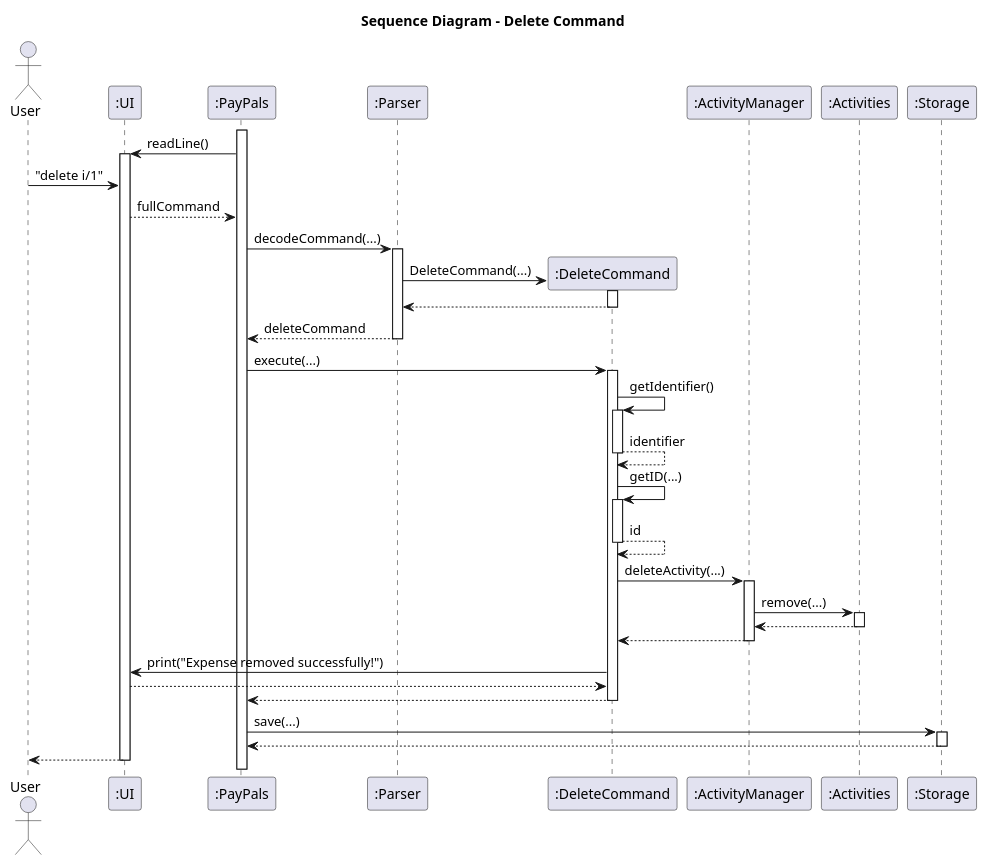
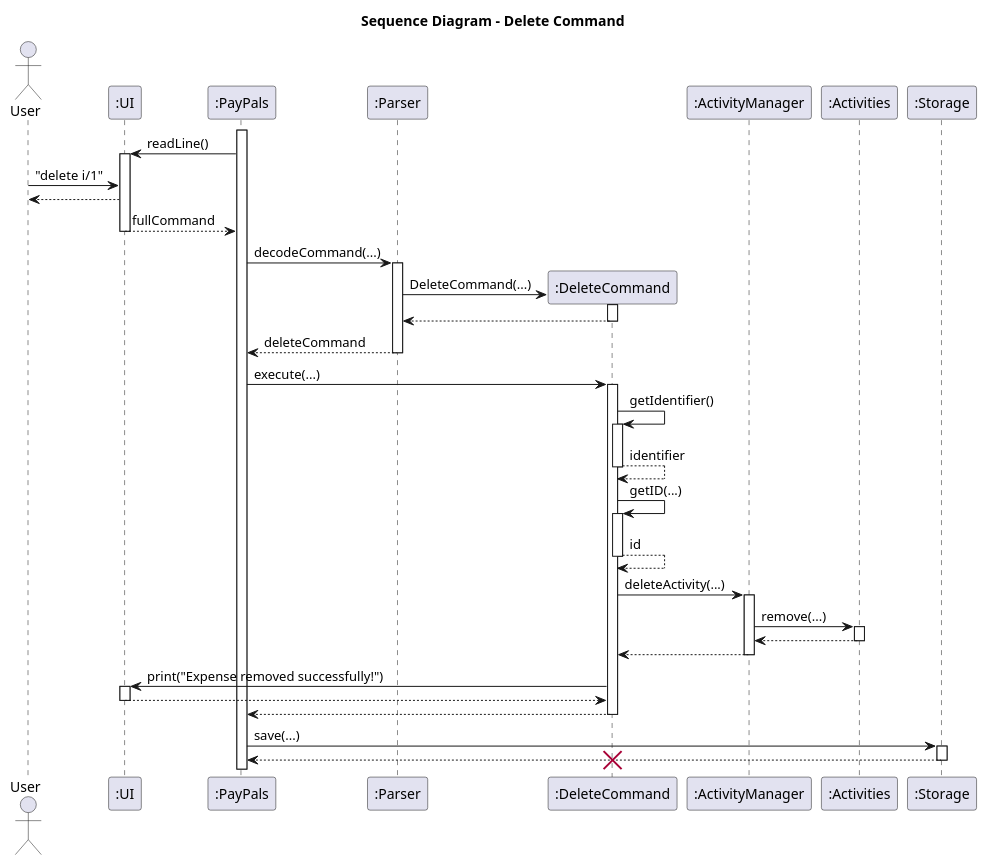
The diagram in docs/diagrams/DeleteCommand.puml (jing-yen/tp), drawn with PlantUML before and after one commit. The commit also changed 6 other files, not shown here.

```diff
--- a/docs/diagrams/DeleteCommand.puml
+++ b/docs/diagrams/DeleteCommand.puml
@@ -1,61 +1,66 @@
 @startuml
 'https://plantuml.com/sequence-diagram
 title Sequence Diagram - Delete Command
 
 actor User
 participant ":UI" as UI
 participant ":PayPals" as PP
 participant ":Parser" as PA
 participant ":DeleteCommand" as DC
 participant ":ActivityManager" as AM
 participant ":Activities" as AC
 participant ":Storage" as SR
 
 
 
 activate PP
 PP -> UI : readLine()
 activate UI
 User -> UI : "delete i/1"
+UI --> User
 UI --> PP : fullCommand
+deactivate UI
 
 PP -> PA : decodeCommand(...)
 activate PA
 create DC
 PA -> DC : DeleteCommand(...)
 activate DC
 DC --> PA :
 deactivate DC
 PP <-- PA : deleteCommand
 deactivate PA
 PP -> DC : execute(...)
 activate DC
 DC -> DC : getIdentifier()
 activate DC
 DC --> DC : identifier
 deactivate DC
 DC -> DC : getID(...)
 activate DC
 DC --> DC : id
 deactivate DC
 DC -> AM : deleteActivity(...)
 activate AM
 AM -> AC : remove(...)
 activate AC
 AC --> AM
 deactivate AC
 AM --> DC
 deactivate AM
 
 DC -> UI : print("Expense removed successfully!")
+activate UI
 UI --> DC
+deactivate UI
 PP <-- DC
 deactivate DC
 
 PP -> SR : save(...)
 activate SR
 SR --> PP
 deactivate SR
-UI --> User
-deactivate UI
+
+destroy DC
+
 @enduml
```
